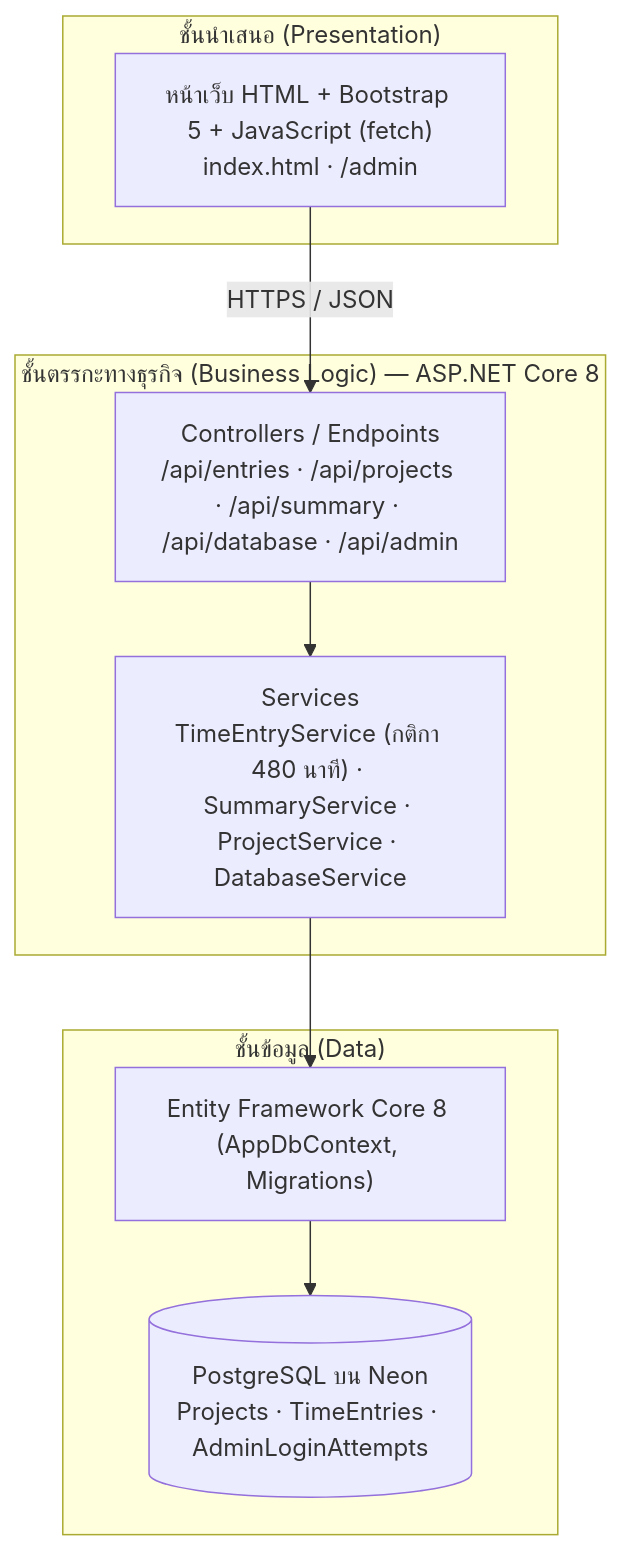
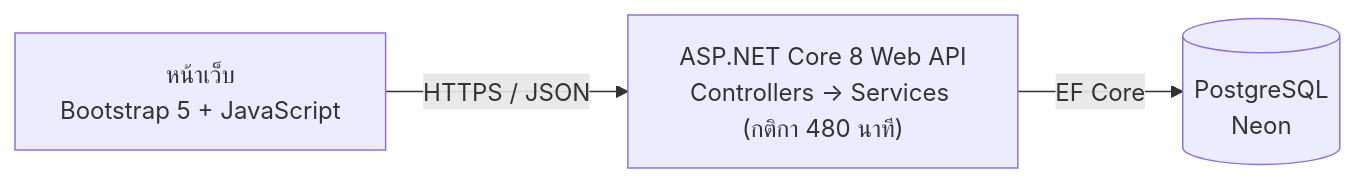
One commit to Folktalomlok/WorkTimeLog changed the diagram in README.md. Above: the diagram before and after it, drawn with Mermaid. The commit also changed other lines of this file and 1 other file, not shown here.

````diff
--- a/README.md
+++ b/README.md
@@ -30,18 +35,5 @@
 ```mermaid
-flowchart TB
-    subgraph P["ชั้นนำเสนอ (Presentation)"]
-        UI["หน้าเว็บ HTML + Bootstrap 5 + JavaScript (fetch)<br/>index.html · /admin"]
-    end
-    subgraph B["ชั้นตรรกะทางธุรกิจ (Business Logic) — ASP.NET Core 8"]
-        C["Controllers / Endpoints<br/>/api/entries · /api/projects · /api/summary · /api/database · /api/admin"]
-        S["Services<br/>TimeEntryService (กติกา 480 นาที) · SummaryService · ProjectService · DatabaseService"]
-        C --> S
-    end
-    subgraph D["ชั้นข้อมูล (Data)"]
-        EF["Entity Framework Core 8 (AppDbContext, Migrations)"]
-        PG[("PostgreSQL บน Neon<br/>Projects · TimeEntries · AdminLoginAttempts")]
-        EF --> PG
-    end
-    UI -- "HTTPS / JSON" --> C
-    S --> EF
+flowchart LR
+    UI["หน้าเว็บ<br/>Bootstrap 5 + JavaScript"] -- "HTTPS / JSON" --> API["ASP.NET Core 8 Web API<br/>Controllers → Services (กติกา 480 นาที)"]
+    API -- "EF Core" --> DB[("PostgreSQL<br/>Neon")]
 ```
````
